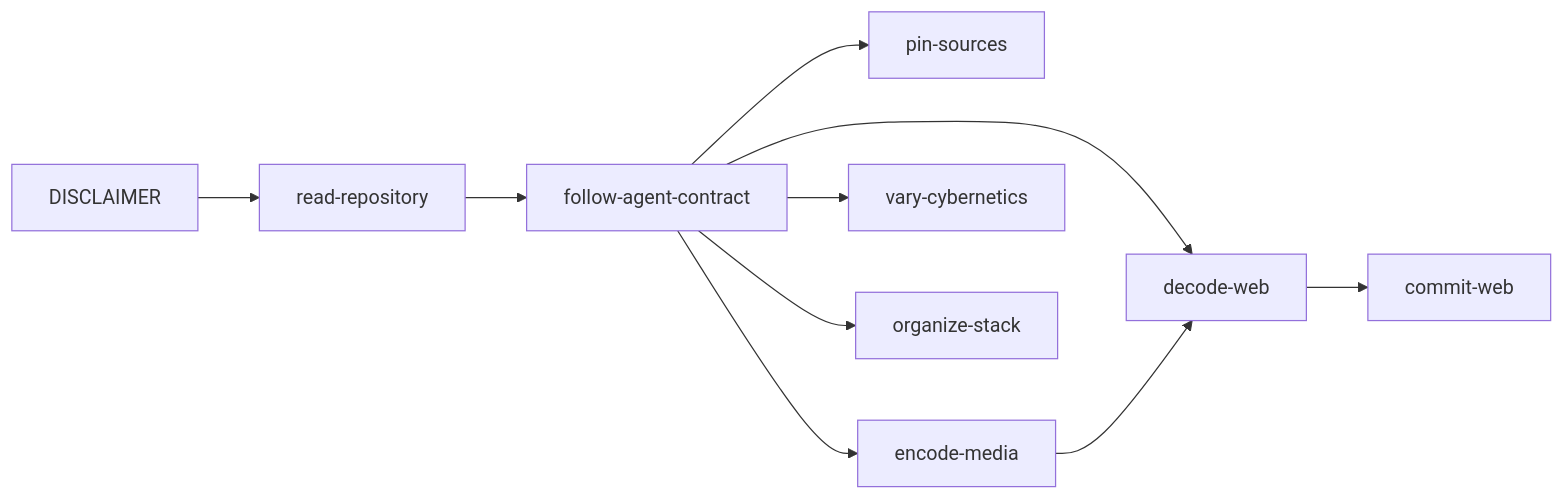
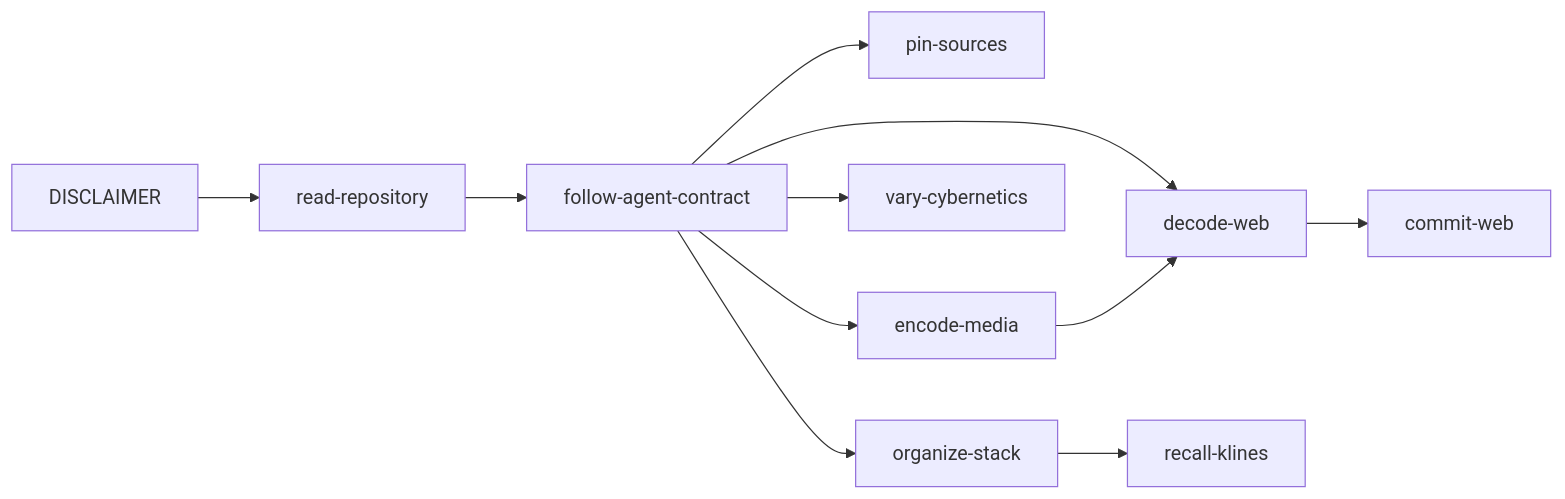
One commit to wetware-hq/web changed the diagram in docs/read-repository.md. Above: the diagram before and after it, drawn with Mermaid. The commit also changed other lines of this file and 6 other files, not shown here.

````diff
--- a/docs/read-repository.md
+++ b/docs/read-repository.md
@@ -49,12 +51,13 @@
 ```mermaid { type: notebook.cell }
 flowchart LR
     D[DISCLAIMER] --> R[read-repository]
     R --> C[follow-agent-contract]
     C --> P[pin-sources]
     C --> E[encode-media]
     C --> X[decode-web]
     E --> X
     X --> S[commit-web]
     C --> V[vary-cybernetics]
     C --> M[organize-stack]
+    M --> K[recall-klines]
 ```
````
